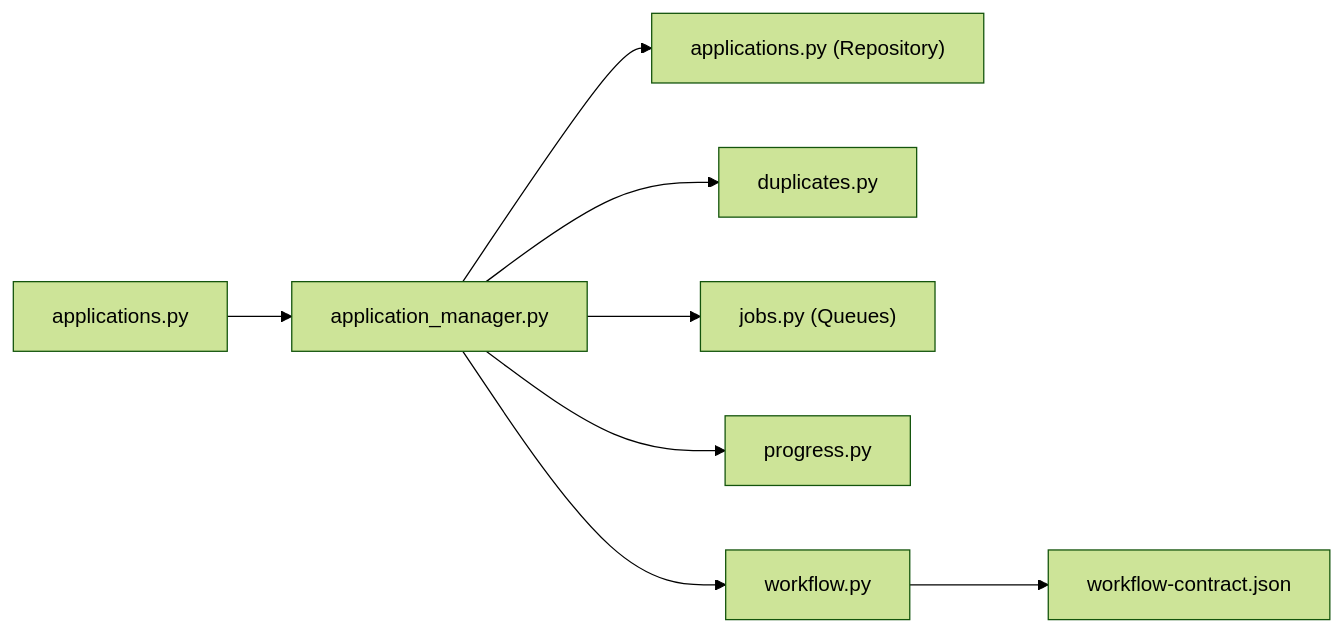
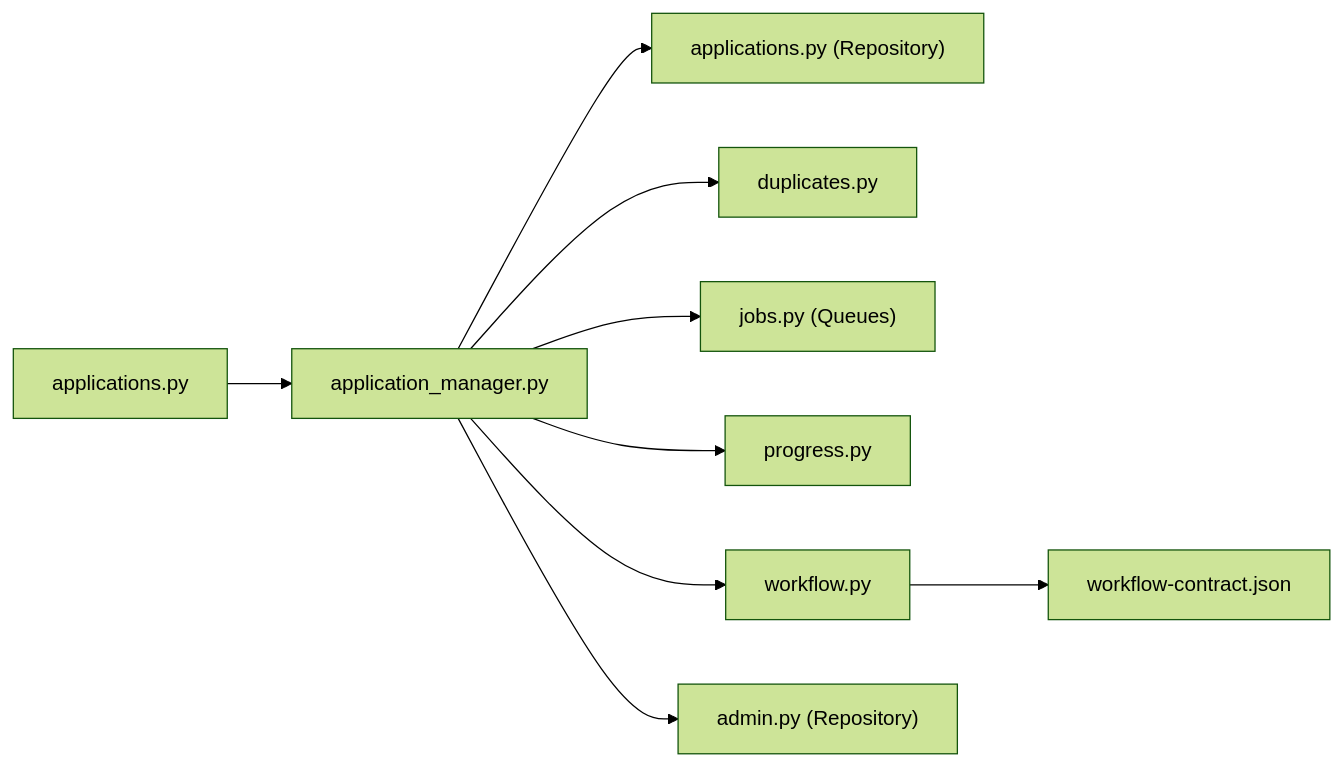
One commit to sankaL/resume-app changed the sixth of 6 diagrams in .qoder/repowiki/en/content/Backend API/API Endpoints/Application CRUD Operations.md. Above: the diagram before and after it, drawn with Mermaid (forest theme). The commit also changed other lines of this file and 11 other files, not shown here.

````diff
--- a/.qoder/repowiki/en/content/Backend API/API Endpoints/Application CRUD Operations.md
+++ b/.qoder/repowiki/en/content/Backend API/API Endpoints/Application CRUD Operations.md
@@ -367,10 +438,11 @@
 ```mermaid
 graph LR
 API["applications.py"] --> SVC["application_manager.py"]
 SVC --> DB["applications.py (Repository)"]
 SVC --> DUP["duplicates.py"]
 SVC --> JOB["jobs.py (Queues)"]
 SVC --> PRG["progress.py"]
 SVC --> WF["workflow.py"]
+SVC --> ADM["admin.py (Repository)"]
 WF --> WC["workflow-contract.json"]
 ```
````
